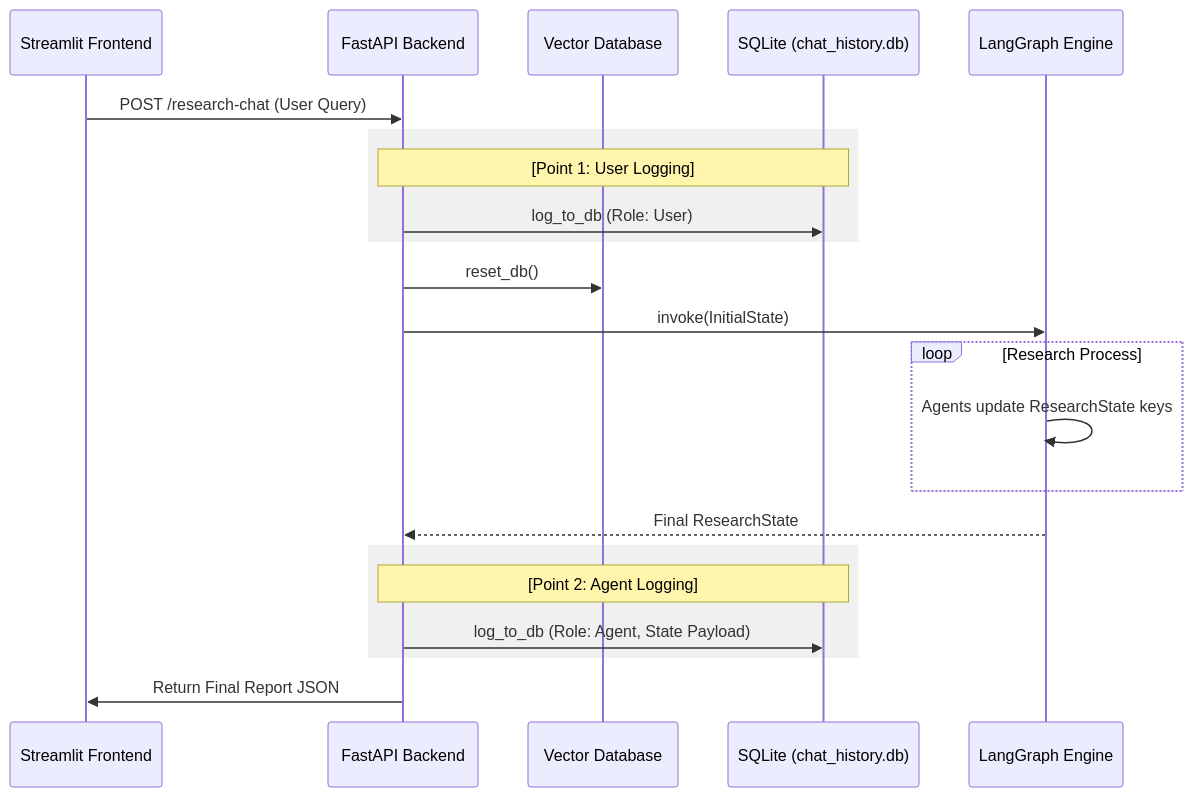
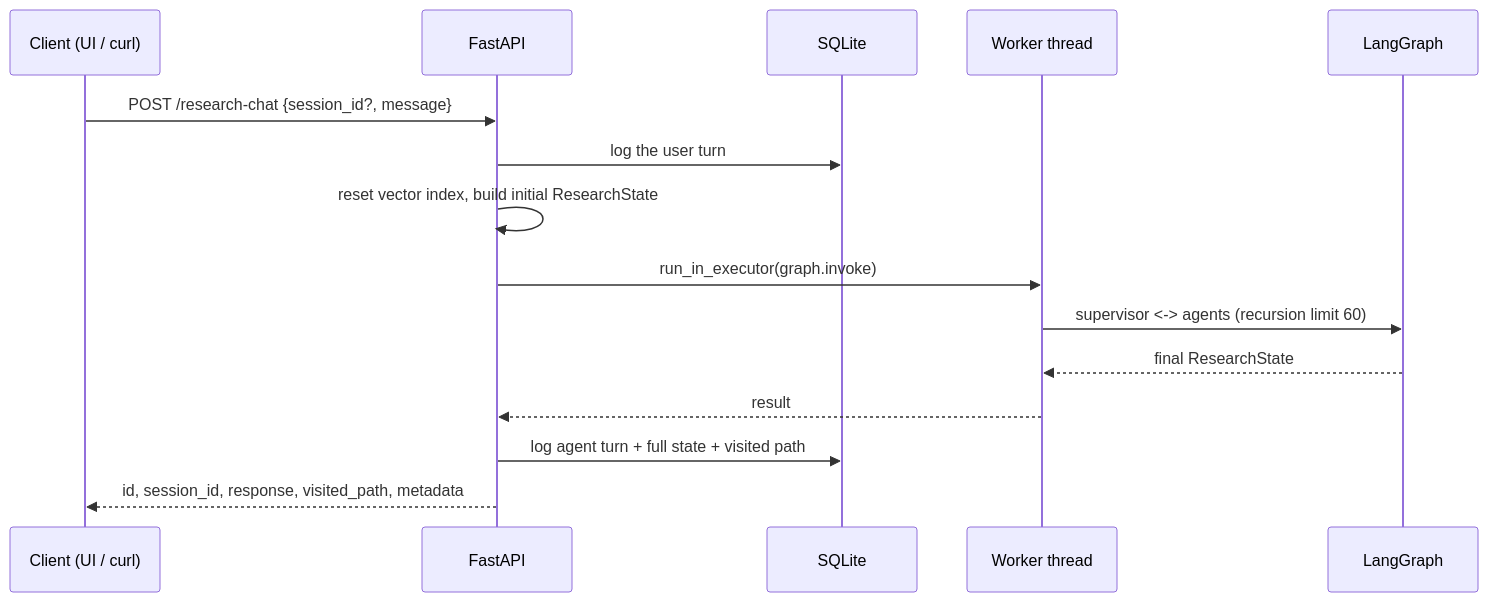
The second of 2 diagrams in README.md (abhisakh/ResearchLLM_MultiAgent_LangGraph_RagGraph_Gemini), drawn with Mermaid before and after one commit. The commit also changed other lines of this file and 26 other files, not shown here.

````diff
--- a/README.md
+++ b/README.md
@@ -1154,31 +59,17 @@
 ```mermaid
 sequenceDiagram
-    participant UI as Streamlit Frontend
-    participant API as FastAPI Backend
-    participant VDB as Vector Database
-    participant SQL as SQLite (chat_history.db)
-    participant LG as LangGraph Engine
-
-    UI->>API: POST /research-chat (User Query)
-
-    rect rgb(240, 240, 240)
-    Note over API, SQL: [Point 1: User Logging]
-    API->>SQL: log_to_db (Role: User)
-    end
-
-    API->>VDB: reset_db()
-    API->>LG: invoke(InitialState)
-
-    loop Research Process
-        LG->>LG: Agents update ResearchState keys
-    end
-
-    LG-->>API: Final ResearchState
-
-    rect rgb(240, 240, 240)
-    Note over API, SQL: [Point 2: Agent Logging]
-    API->>SQL: log_to_db (Role: Agent, State Payload)
-    end
-
-    API->>UI: Return Final Report JSON
+    participant C as Client (UI / curl)
+    participant A as FastAPI
+    participant D as SQLite
+    participant W as Worker thread
+    participant G as LangGraph
+    C->>A: POST /research-chat {session_id?, message}
+    A->>D: log the user turn
+    A->>A: reset vector index, build initial ResearchState
+    A->>W: run_in_executor(graph.invoke)
+    W->>G: supervisor <-> agents (recursion limit 60)
+    G-->>W: final ResearchState
+    W-->>A: result
+    A->>D: log agent turn + full state + visited path
+    A-->>C: id, session_id, response, visited_path, metadata
 ```
````
